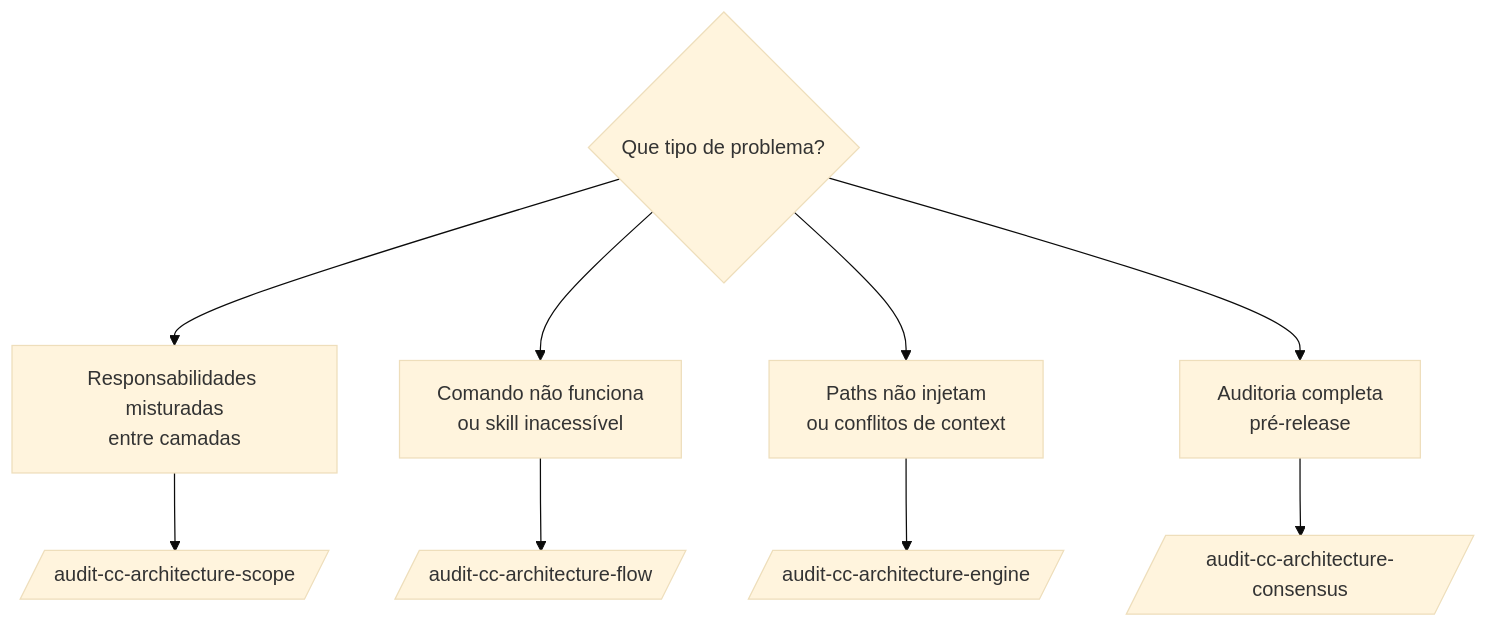
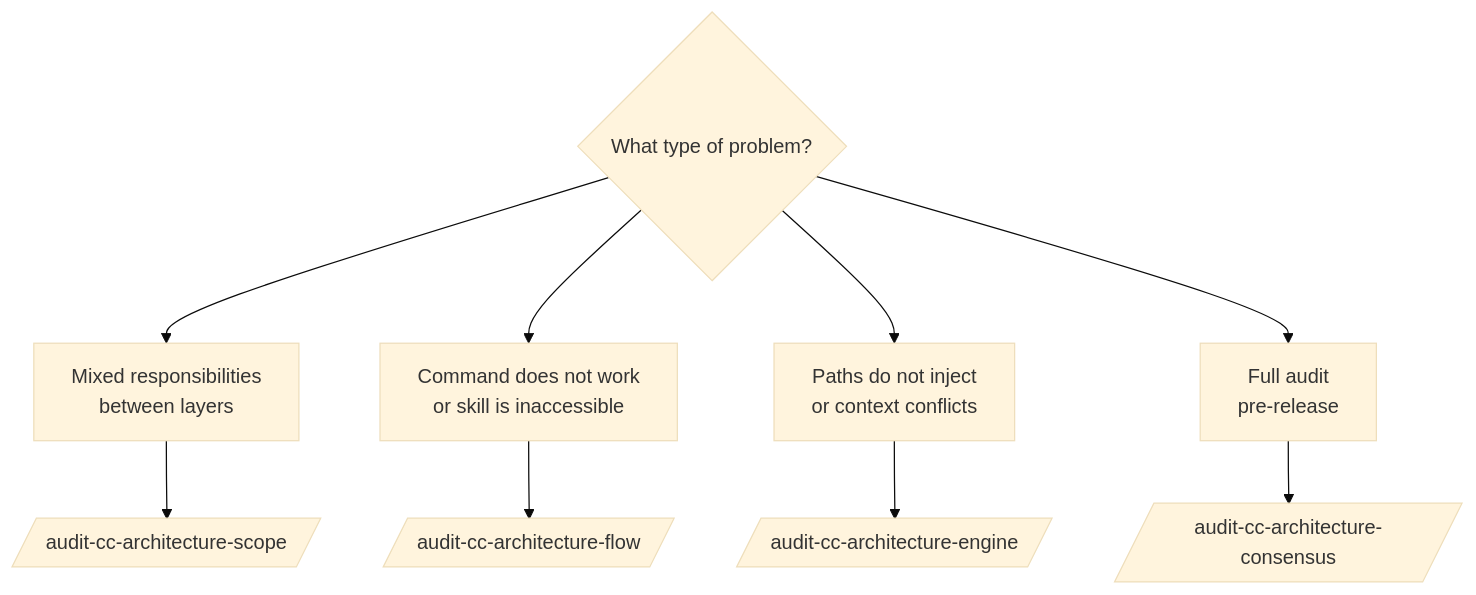
Before and after one commit to rodrigo-mendes/agents-factory: the diagram in docs/manual/architecture-auditor.md, drawn with Mermaid (base theme). The commit also changed other lines of this file and 70 other files, not shown here.

````diff
--- a/docs/manual/architecture-auditor.md
+++ b/docs/manual/architecture-auditor.md
@@ -279,14 +279,14 @@
 ```mermaid
 flowchart TD
-    START{Que tipo de problema?}
+    START{What type of problem?}
 
-    START --> A[Responsabilidades misturadas<br/>entre camadas]
-    START --> B[Comando não funciona<br/>ou skill inacessível]
-    START --> C[Paths não injetam<br/>ou conflitos de context]
-    START --> D[Auditoria completa<br/>pré-release]
+    START --> A[Mixed responsibilities<br/>between layers]
+    START --> B[Command does not work<br/>or skill is inaccessible]
+    START --> C[Paths do not inject<br/>or context conflicts]
+    START --> D[Full audit<br/>pre-release]
 
     A --> LA[/audit-cc-architecture-scope/]
     B --> LB[/audit-cc-architecture-flow/]
     C --> LC[/audit-cc-architecture-engine/]
     D --> FULL[/audit-cc-architecture-consensus/]
 ```
````
